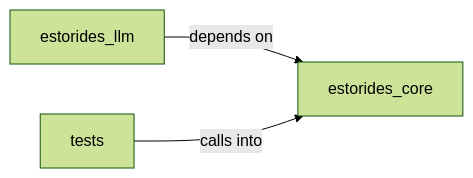
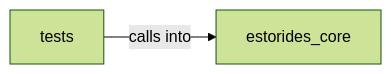
Before and after one commit to grisuno/estorides: the diagram in readmenator-diagrams/estorides_core_config.md, drawn with Mermaid (forest theme). The commit also changed other lines of this file and 39 other files, not shown here.

````diff
--- a/readmenator-diagrams/estorides_core_config.md
+++ b/readmenator-diagrams/estorides_core_config.md
@@ -5,8 +5,6 @@
 ```mermaid
 graph LR
     estorides_core["estorides_core"]
-    estorides_llm["estorides_llm"]
     tests["tests"]
-    estorides_llm -- "depends on" --> estorides_core
     tests -- "calls into" --> estorides_core
 ```
````
